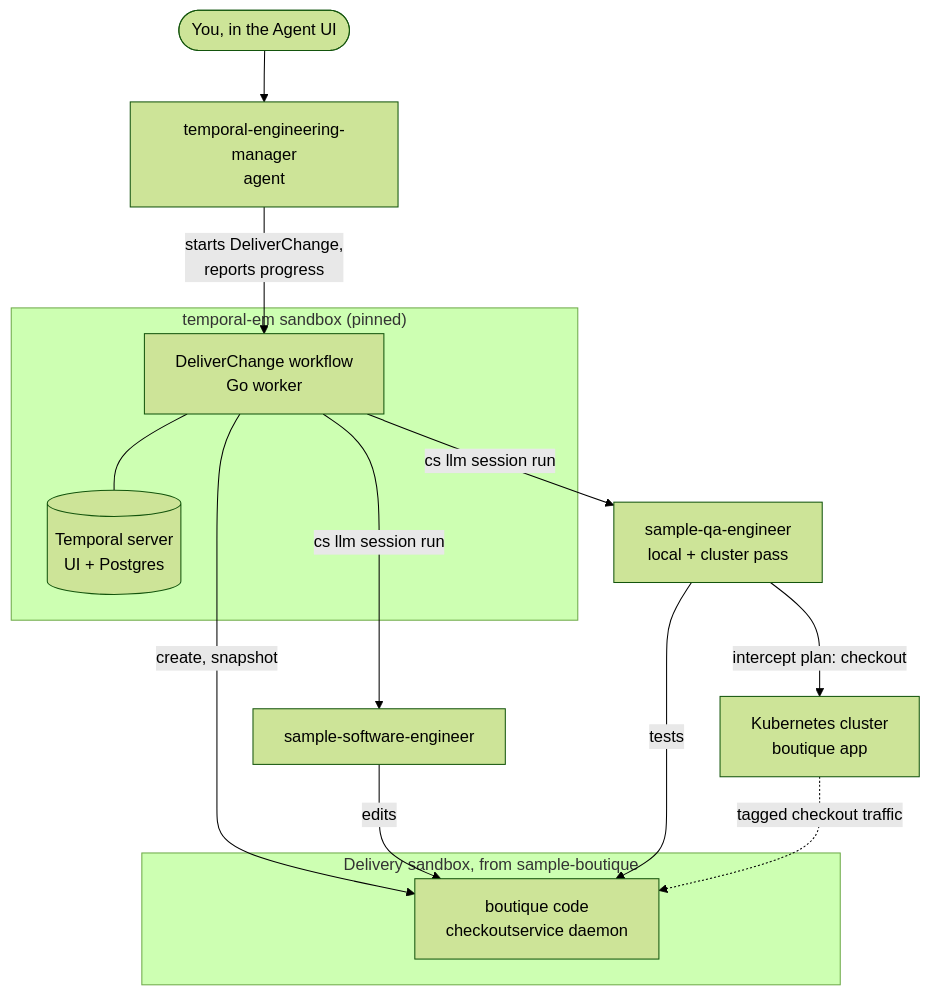
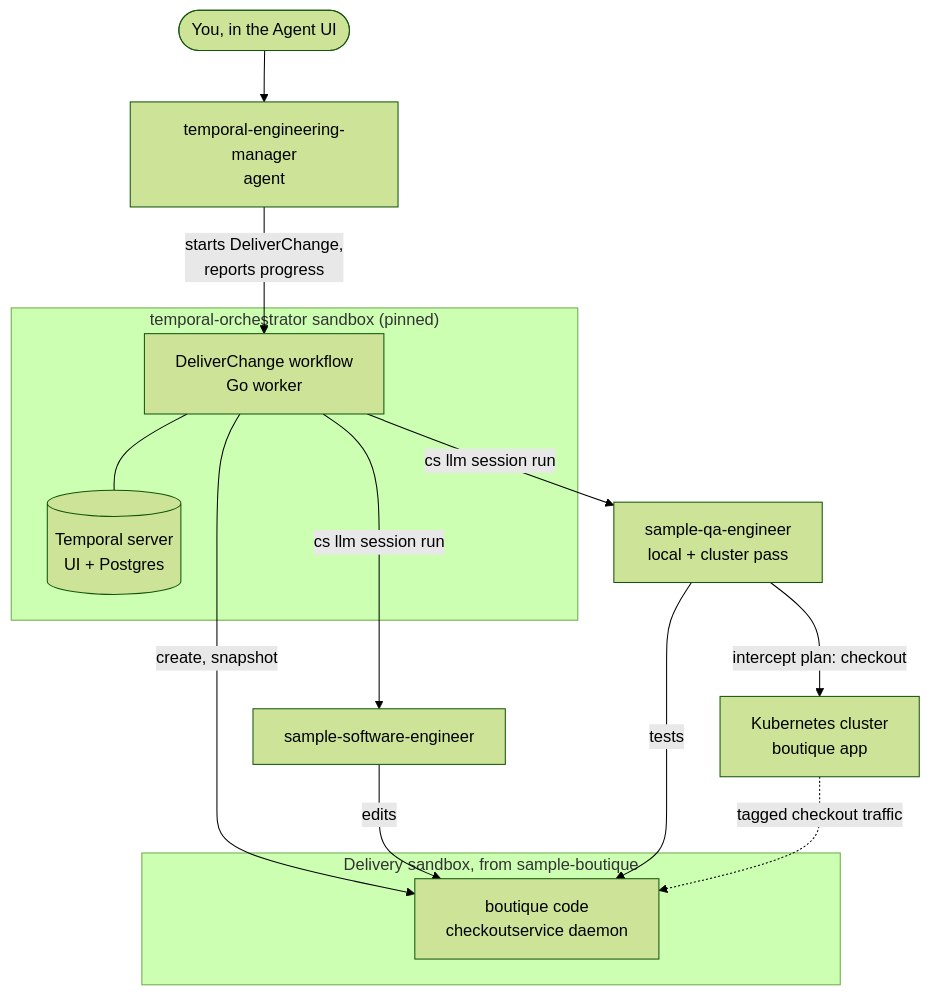
The diagram in docs/architecture.mmd (crafting-demo/multiagent-temporal), drawn with Mermaid (forest theme) before and after one commit. The commit also changed 8 other files, not shown here.

Commit message:
Name the orchestrator temporal-orchestrator

```diff
--- a/docs/architecture.mmd
+++ b/docs/architecture.mmd
@@ -1,22 +1,22 @@
 flowchart TB
     User(["You, in the Agent UI"]) --> TEM["temporal-engineering-manager<br/>agent"]
     TEM -->|"starts DeliverChange,<br/>reports progress"| WF
 
-    subgraph orch ["temporal-em sandbox (pinned)"]
+    subgraph orch ["temporal-orchestrator sandbox (pinned)"]
         WF["DeliverChange workflow<br/>Go worker"]
         Srv[("Temporal server<br/>UI + Postgres")]
         WF --- Srv
     end
 
     WF -->|"cs llm session run"| SWE["sample-software-engineer"]
     WF -->|"cs llm session run"| QA["sample-qa-engineer<br/>local + cluster pass"]
     WF -->|"create, snapshot"| Target
 
     subgraph tgt ["Delivery sandbox, from sample-boutique"]
         Target["boutique code<br/>checkoutservice daemon"]
     end
 
     SWE -->|"edits"| Target
     QA -->|"tests"| Target
     QA -->|"intercept plan: checkout"| Cluster["Kubernetes cluster<br/>boutique app"]
     Cluster -.->|"tagged checkout traffic"| Target
```
